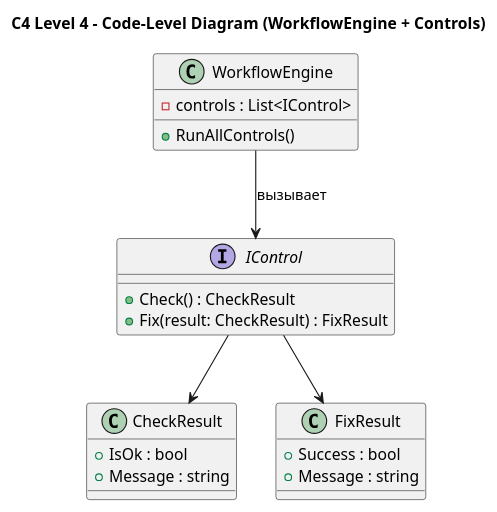
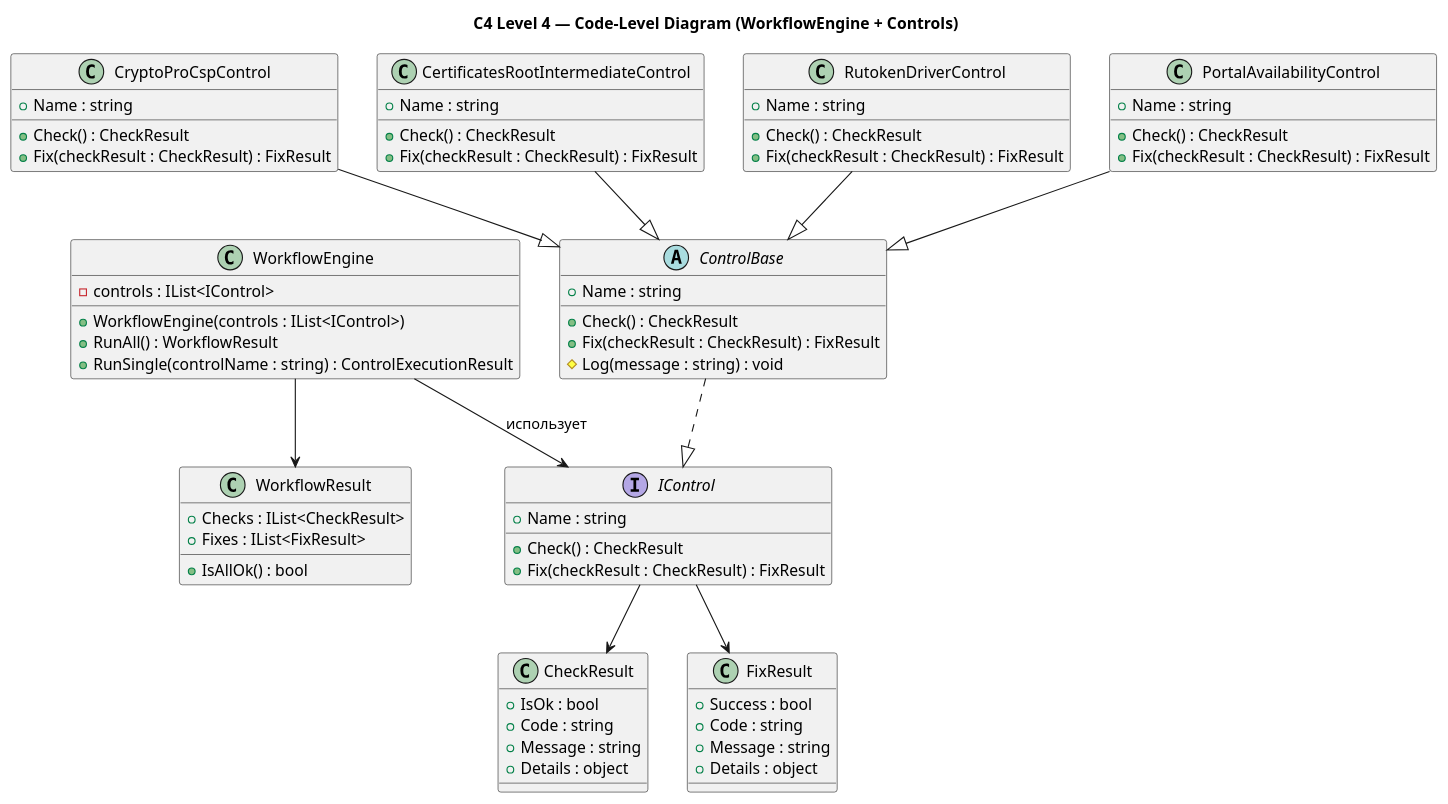
Before and after one commit to LobovVit/automatic_workplace_setup: the diagram in docs/c4/c4-level4-master-code.puml, drawn with PlantUML. The commit also changed 10 other files, not shown here.

```diff
--- a/docs/c4/c4-level4-master-code.puml
+++ b/docs/c4/c4-level4-master-code.puml
@@ -1,28 +1,88 @@
-@startuml
-title C4 Level 4 – Code-Level Diagram (WorkflowEngine + Controls)
+@startuml c4-level4-master-code
+title C4 Level 4 — Code-Level Diagram (WorkflowEngine + Controls)
+
+' Основные сущности движка
 
 class WorkflowEngine {
-    + RunAllControls()
-    - controls : List<IControl>
+    - controls : IList<IControl>
+    + WorkflowEngine(controls : IList<IControl>)
+    + RunAll() : WorkflowResult
+    + RunSingle(controlName : string) : ControlExecutionResult
 }
 
 interface IControl {
+    + Name : string
     + Check() : CheckResult
-    + Fix(result: CheckResult) : FixResult
+    + Fix(checkResult : CheckResult) : FixResult
 }
 
 class CheckResult {
     + IsOk : bool
+    + Code : string
     + Message : string
+    + Details : object
 }
 
 class FixResult {
     + Success : bool
+    + Code : string
     + Message : string
+    + Details : object
 }
 
-WorkflowEngine --> IControl : вызывает
+class WorkflowResult {
+    + Checks : IList<CheckResult>
+    + Fixes : IList<FixResult>
+    + IsAllOk() : bool
+}
+
+' Базовый класс для контролей (опционально, но удобно для логики)
+
+abstract class ControlBase {
+    + Name : string
+    + Check() : CheckResult
+    + Fix(checkResult : CheckResult) : FixResult
+    # Log(message : string) : void
+}
+
+ControlBase ..|> IControl
+
+' Примеры конкретных контролей
+
+class CryptoProCspControl {
+    + Name : string
+    + Check() : CheckResult
+    + Fix(checkResult : CheckResult) : FixResult
+}
+
+class CertificatesRootIntermediateControl {
+    + Name : string
+    + Check() : CheckResult
+    + Fix(checkResult : CheckResult) : FixResult
+}
+
+class RutokenDriverControl {
+    + Name : string
+    + Check() : CheckResult
+    + Fix(checkResult : CheckResult) : FixResult
+}
+
+class PortalAvailabilityControl {
+    + Name : string
+    + Check() : CheckResult
+    + Fix(checkResult : CheckResult) : FixResult
+}
+
+CryptoProCspControl --|> ControlBase
+CertificatesRootIntermediateControl --|> ControlBase
+RutokenDriverControl --|> ControlBase
+PortalAvailabilityControl --|> ControlBase
+
+' Связи
+
+WorkflowEngine --> IControl : использует
 IControl --> CheckResult
 IControl --> FixResult
+WorkflowEngine --> WorkflowResult
 
-@endum
+@enduml
```
